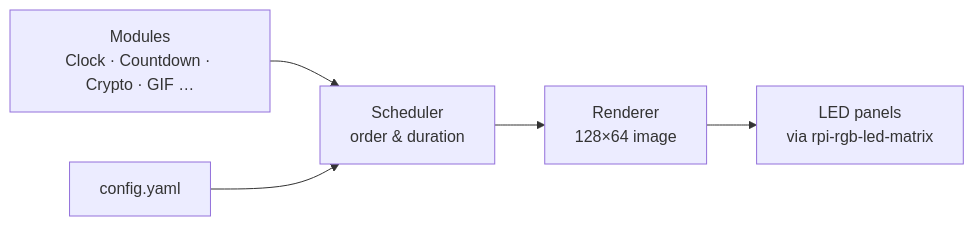
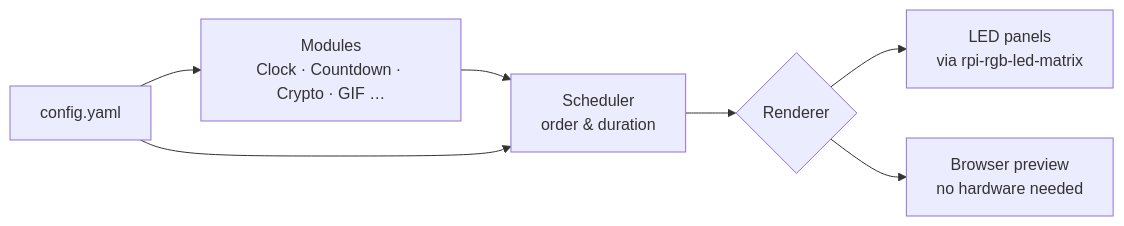
Before and after one commit to gerry-git-ops/Waveshare-P2.5-LED-Matrix: the diagram in README.md, drawn with Mermaid. The commit also changed other lines of this file and 4 other files, not shown here.

````diff
--- a/README.md
+++ b/README.md
@@ -26,7 +31,9 @@
 ```mermaid
 flowchart LR
     A[Modules<br/>Clock · Countdown · Crypto · GIF …] --> B[Scheduler<br/>order & duration]
-    B --> C[Renderer<br/>128×64 image]
+    E[config.yaml] --> A
+    E --> B
+    B --> C{Renderer}
     C --> D[LED panels<br/>via rpi-rgb-led-matrix]
-    E[config.yaml] --> B
+    C --> F[Browser preview<br/>no hardware needed]
 ```
````
